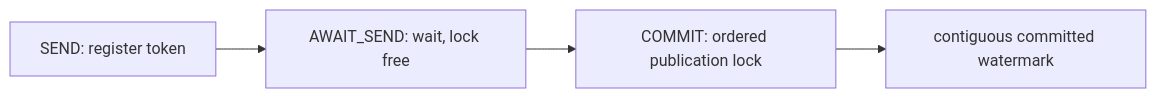
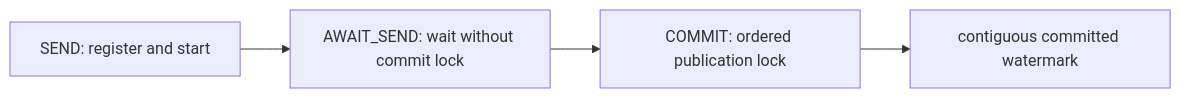
Before and after one commit to diaosj/fluxway: the diagram in docs/dataplane_runtime.md, drawn with Mermaid. The commit also changed other lines of this file and 31 other files, not shown here.

Commit message:
[Docs] Add comprehensive architecture, placement, coherence, and transfer planning documentation.

````diff
--- a/docs/dataplane_runtime.md
+++ b/docs/dataplane_runtime.md
@@ -146,6 +276,6 @@
 ```mermaid
 flowchart LR
-  S[SEND: register token] --> W[AWAIT_SEND: wait, lock free]
+  S[SEND: register and start] --> W[AWAIT_SEND: wait without commit lock]
   W --> C[COMMIT: ordered publication lock]
   C --> M[contiguous committed watermark]
 ```
````
